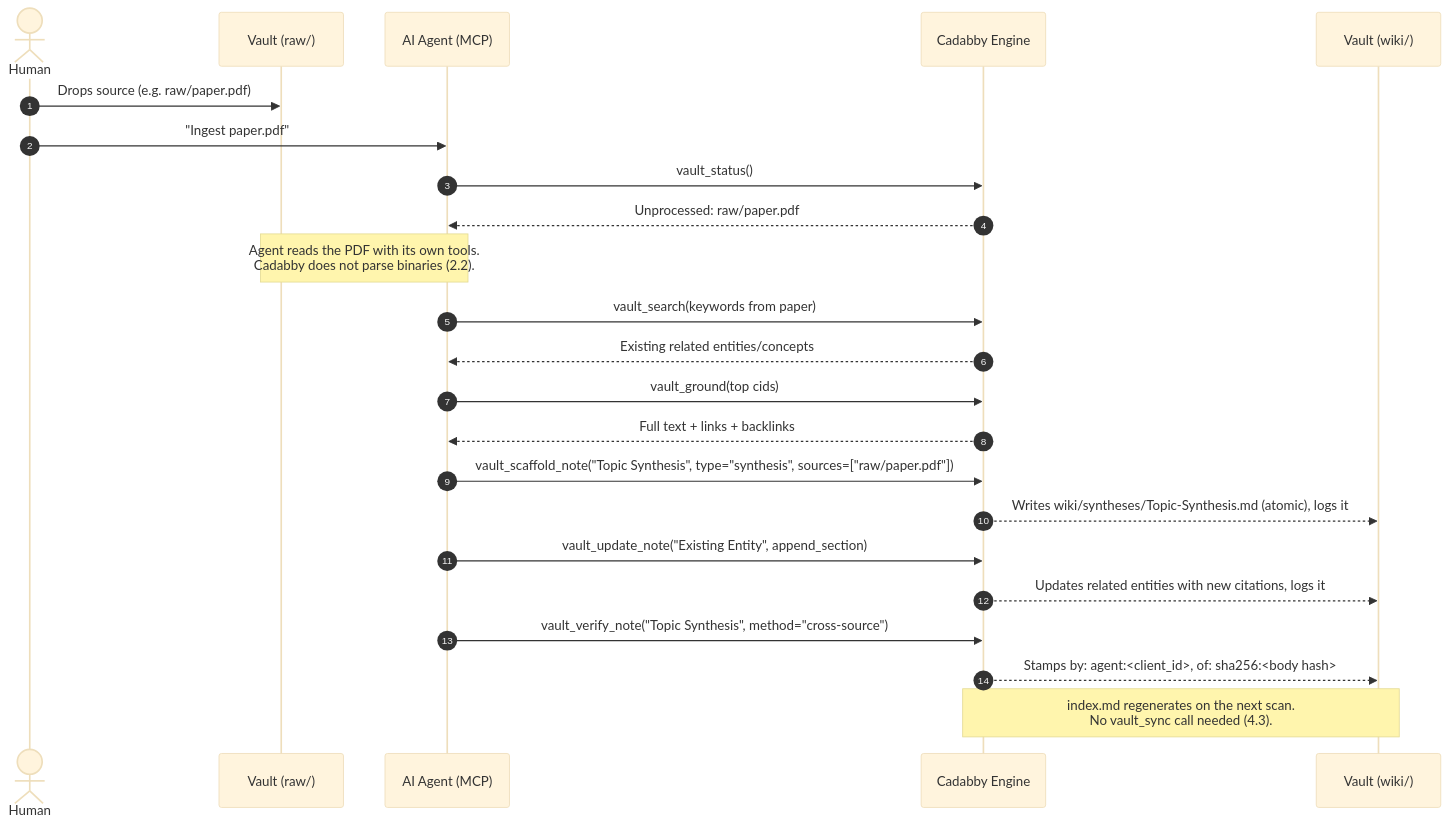
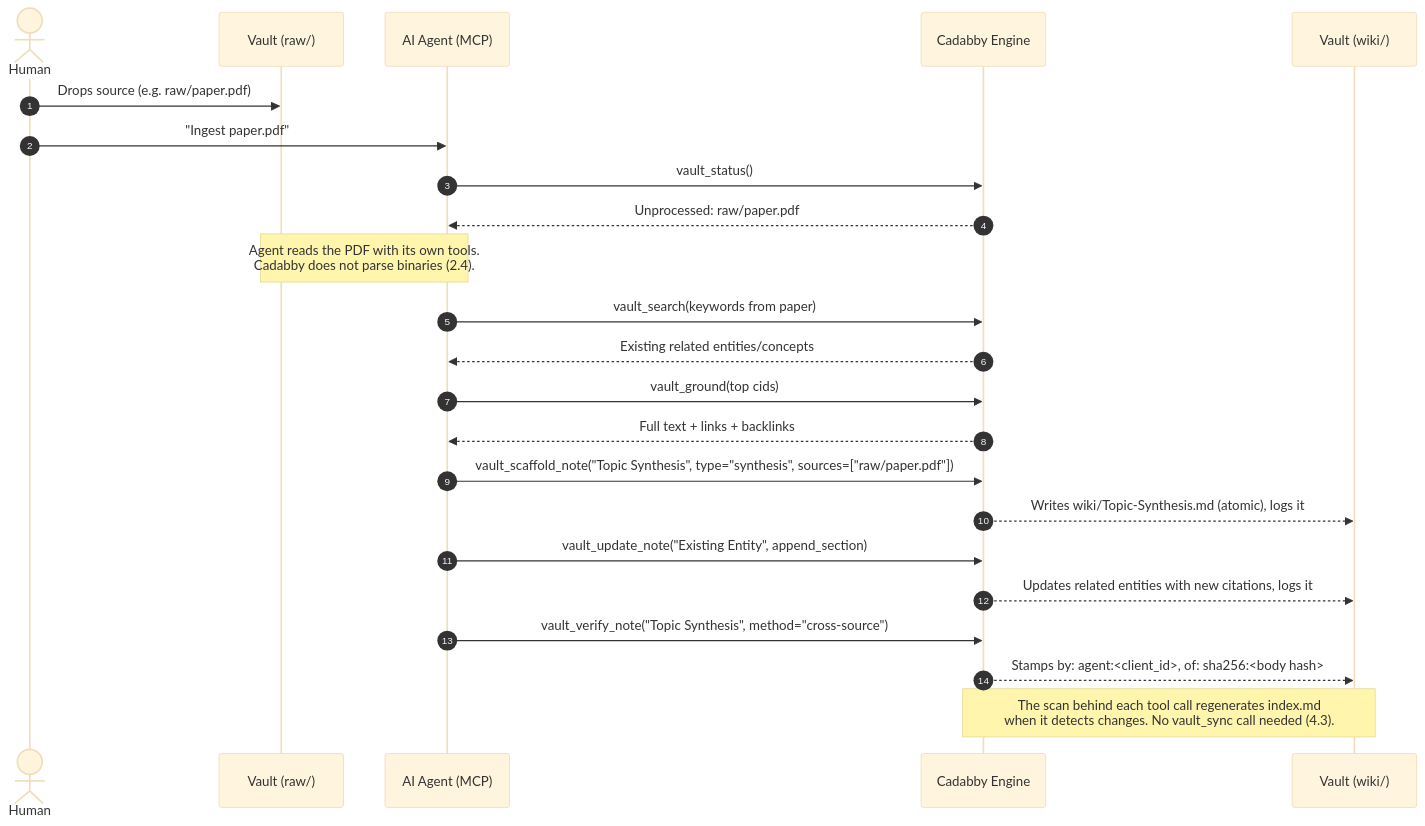
The second of 2 diagrams in SPECIFICATION.md (naikoob/cadabby), drawn with Mermaid (base theme) before and after one commit. The commit also changed other lines of this file and 42 other files, not shown here.

````diff
--- a/SPECIFICATION.md
+++ b/SPECIFICATION.md
@@ -530,26 +625,26 @@
 ```mermaid
 sequenceDiagram
     autonumber
     actor H as Human
     participant V as Vault (raw/)
     participant A as AI Agent (MCP)
     participant C as Cadabby Engine
     participant W as Vault (wiki/)
 
     H->>V: Drops source (e.g. raw/paper.pdf)
     H->>A: "Ingest paper.pdf"
     A->>C: vault_status()
     C-->>A: Unprocessed: raw/paper.pdf
-    Note over A,V: Agent reads the PDF with its own tools.<br/>Cadabby does not parse binaries (2.2).
+    Note over A,V: Agent reads the PDF with its own tools.<br/>Cadabby does not parse binaries (2.4).
     A->>C: vault_search(keywords from paper)
     C-->>A: Existing related entities/concepts
     A->>C: vault_ground(top cids)
     C-->>A: Full text + links + backlinks
     A->>C: vault_scaffold_note("Topic Synthesis", type="synthesis", sources=["raw/paper.pdf"])
-    C-->>W: Writes wiki/syntheses/Topic-Synthesis.md (atomic), logs it
+    C-->>W: Writes wiki/Topic-Synthesis.md (atomic), logs it
     A->>C: vault_update_note("Existing Entity", append_section)
     C-->>W: Updates related entities with new citations, logs it
     A->>C: vault_verify_note("Topic Synthesis", method="cross-source")
     C-->>W: Stamps by: agent:<client_id>, of: sha256:<body hash>
-    Note over C,W: index.md regenerates on the next scan.<br/>No vault_sync call needed (4.3).
+    Note over C,W: The scan behind each tool call regenerates index.md<br/>when it detects changes. No vault_sync call needed (4.3).
 ```
````
